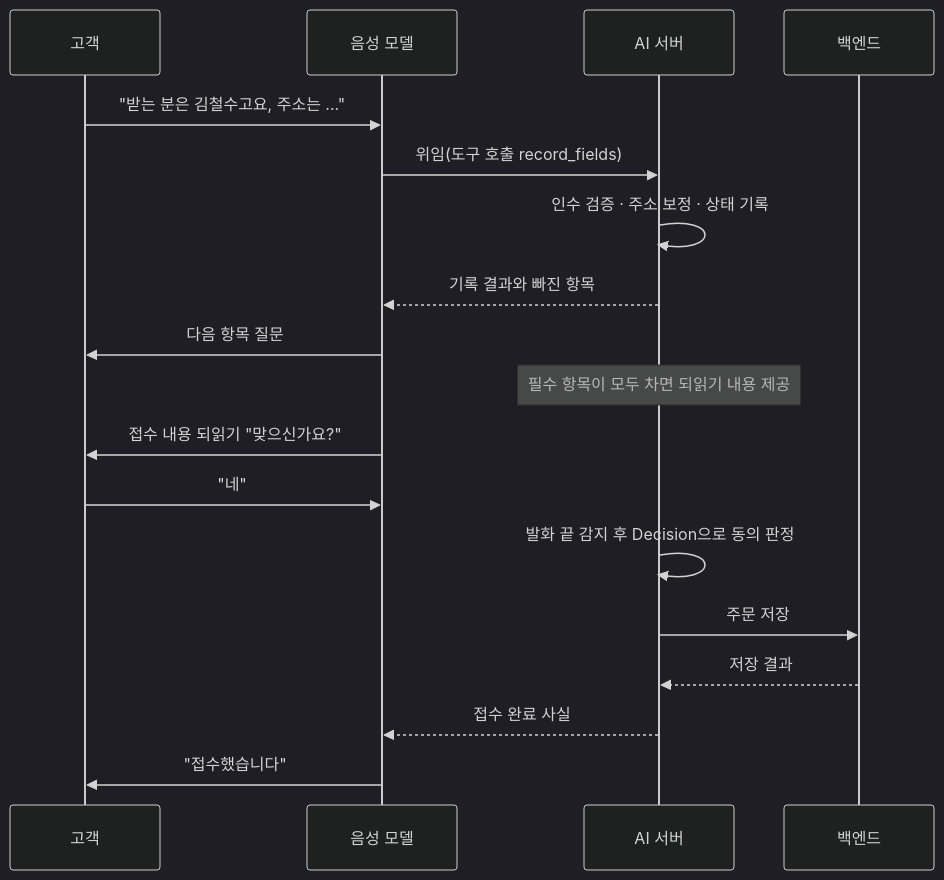
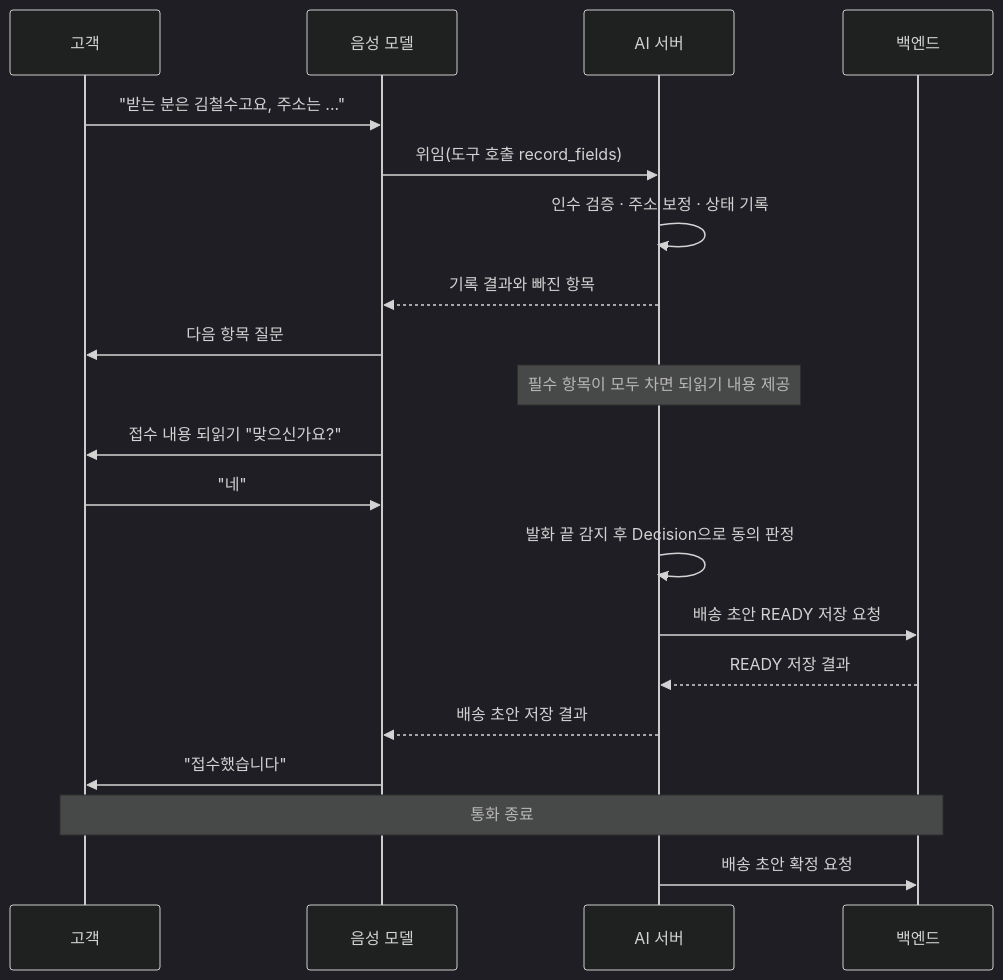
Before and after one commit to 42JH/DVA: the second of 3 diagrams in ai/HANDOVER.md, drawn with Mermaid (dark theme). The commit also changed other lines of this file and 4 other files, not shown here.

````diff
--- a/ai/HANDOVER.md
+++ b/ai/HANDOVER.md
@@ -94,20 +96,22 @@
 ```mermaid
 sequenceDiagram
   participant C as 고객
   participant L as 음성 모델
   participant S as AI 서버
   participant B as 백엔드
   C->>L: "받는 분은 김철수고요, 주소는 ..."
   L->>S: 위임(도구 호출 record_fields)
   S->>S: 인수 검증 · 주소 보정 · 상태 기록
   S-->>L: 기록 결과와 빠진 항목
   L->>C: 다음 항목 질문
   Note over S: 필수 항목이 모두 차면 되읽기 내용 제공
   L->>C: 접수 내용 되읽기 "맞으신가요?"
   C->>L: "네"
   S->>S: 발화 끝 감지 후 Decision으로 동의 판정
-  S->>B: 주문 저장
-  B-->>S: 저장 결과
-  S-->>L: 접수 완료 사실
+  S->>B: 배송 초안 READY 저장 요청
+  B-->>S: READY 저장 결과
+  S-->>L: 배송 초안 저장 결과
   L->>C: "접수했습니다"
+  Note over C,B: 통화 종료
+  S->>B: 배송 초안 확정 요청
 ```
````
